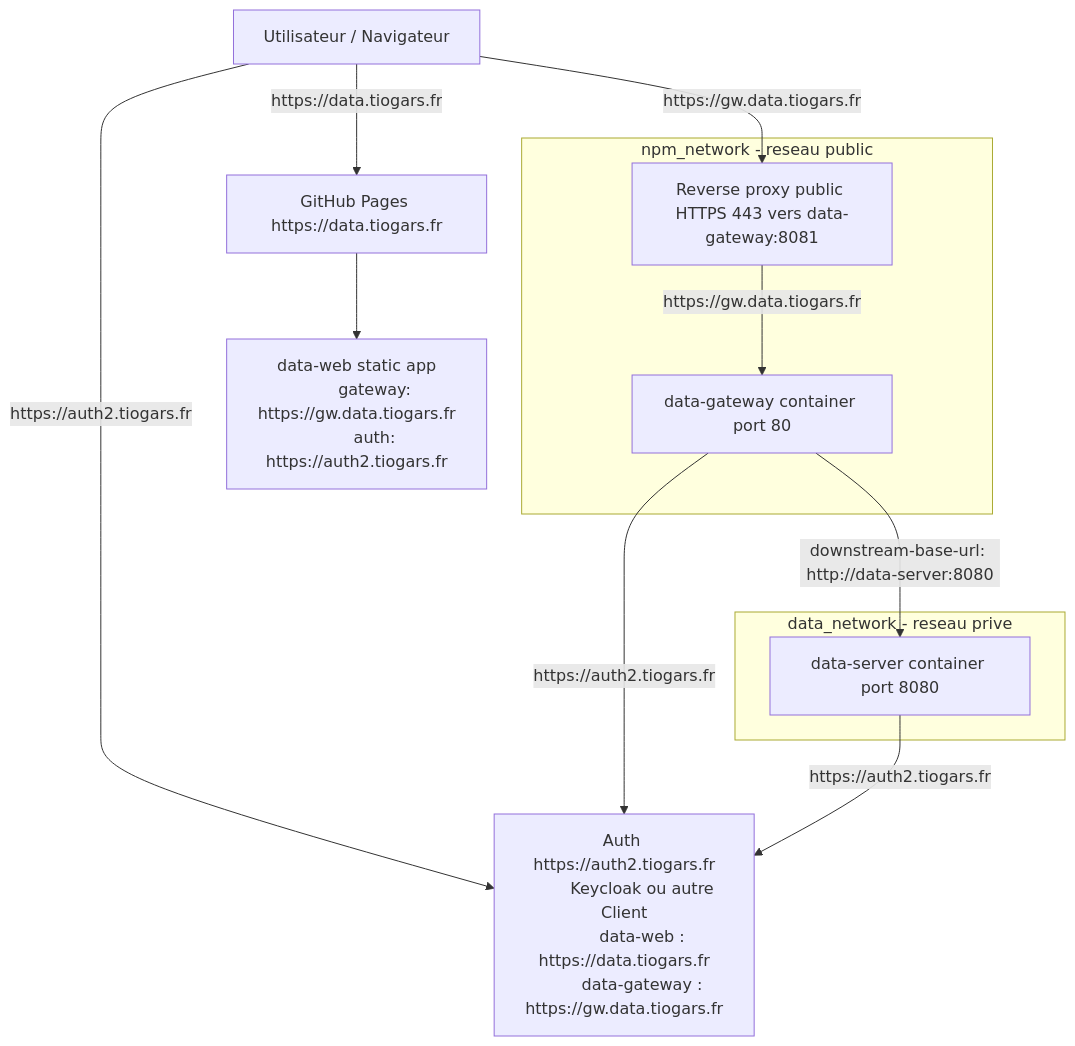
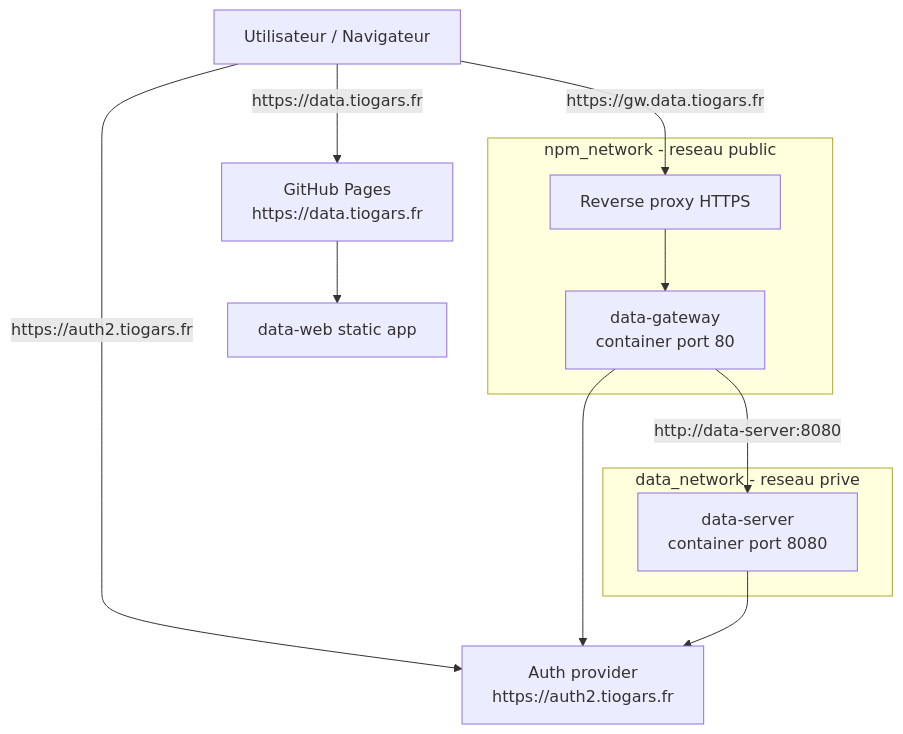
The second of 2 diagrams in README.md (tiogars/data), drawn with Mermaid before and after one commit. The commit also changed other lines of this file, not shown here.

Commit message:
feat: mettre à jour le README pour clarifier l'architecture et les instructions de déploiement

````diff
--- a/README.md
+++ b/README.md
@@ -31,37 +96,26 @@
 ```mermaid
 flowchart TB
 	USER[Utilisateur / Navigateur]
+	GHP[GitHub Pages<br/>https://data.tiogars.fr]
+	AUTH[Auth provider<br/>https://auth2.tiogars.fr]
 
-	GHP[GitHub Pages https://data.tiogars.fr]
-
-	WEBAPP[
-        data-web static app
-        gateway: https://gw.data.tiogars.fr
-        auth: https://auth2.tiogars.fr
-    ]
-
-    AUTH[
-        Auth https://auth2.tiogars.fr
-        Keycloak ou autre Client
-        data-web : https://data.tiogars.fr
-        data-gateway : https://gw.data.tiogars.fr
-    ]
+	WEBAPP[data-web static app]
 
 	subgraph PUB[npm_network - reseau public]
-		RP[Reverse proxy public HTTPS 443 vers data-gateway:8081]
-		GATEWAY[data-gateway container port 80]
+		RP[Reverse proxy HTTPS]
+		GATEWAY[data-gateway<br/>container port 80]
 	end
 
 	subgraph PRIV[data_network - reseau prive]
-		SERVER[data-server container port 8080]
+		SERVER[data-server<br/>container port 8080]
 	end
 
 	USER -->|https://data.tiogars.fr| GHP
 	GHP --> WEBAPP
 	USER -->|https://gw.data.tiogars.fr| RP
-    USER -->|https://auth2.tiogars.fr| AUTH
-	RP -->|https://gw.data.tiogars.fr| GATEWAY
-	GATEWAY -->|downstream-base-url: http://data-server:8080| SERVER
-    GATEWAY -->|https://auth2.tiogars.fr| AUTH
-    SERVER -->|https://auth2.tiogars.fr| AUTH
+	USER -->|https://auth2.tiogars.fr| AUTH
+	RP --> GATEWAY
+	GATEWAY -->|http://data-server:8080| SERVER
+	GATEWAY --> AUTH
+	SERVER --> AUTH
 ```
````
